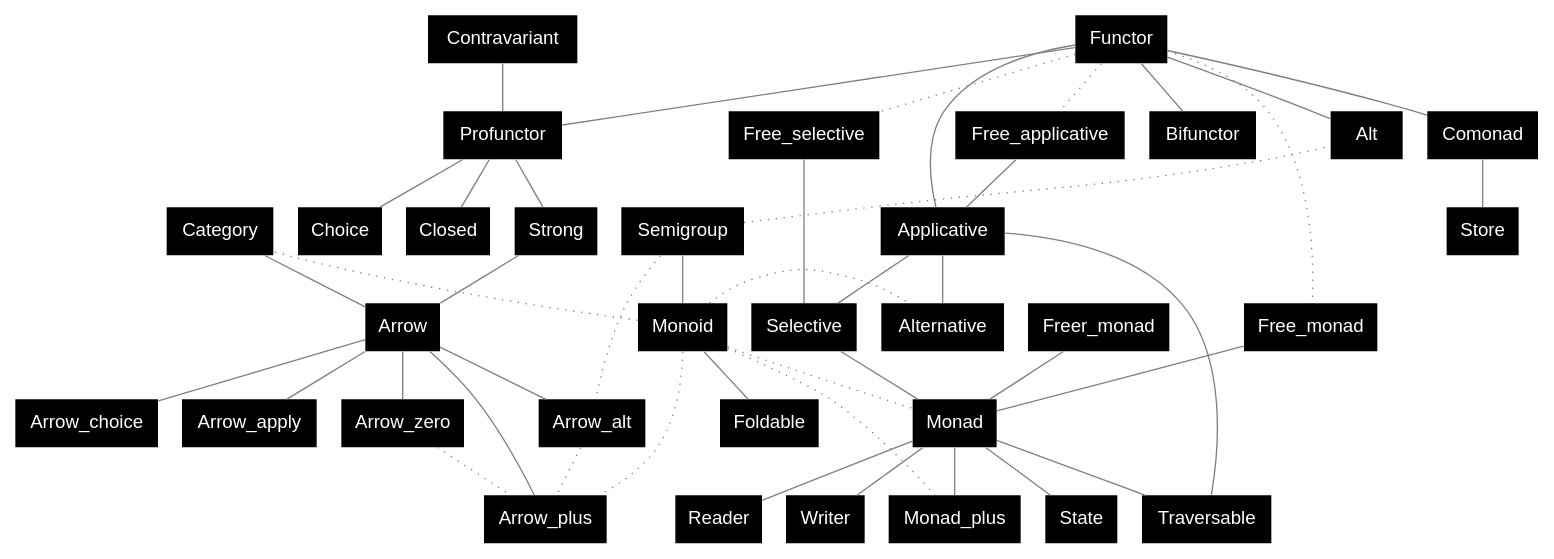
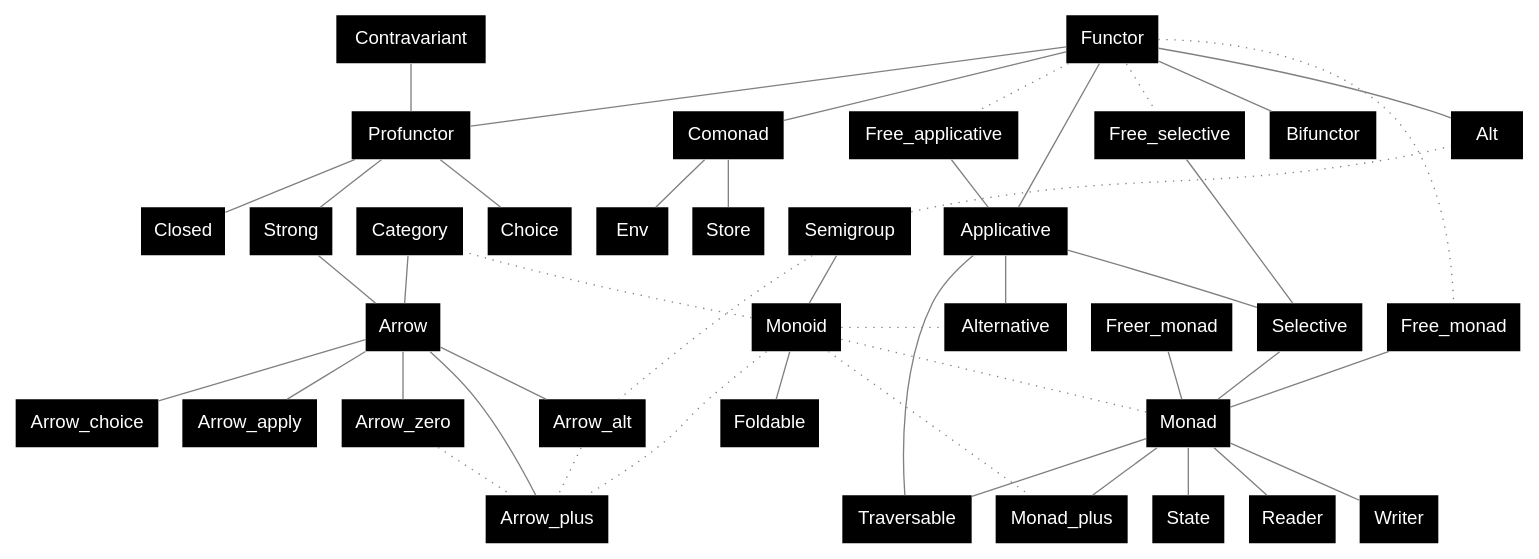
One commit to xvw/preface changed the diagram in .github/dot/specs.dot. Above: the diagram before and after it, drawn with Graphviz. The commit also changed 12 other files, not shown here.

```diff
--- a/.github/dot/specs.dot
+++ b/.github/dot/specs.dot
@@ -1,59 +1,60 @@
 graph {
         node [shape=plaintext; fontname = "Helvetica"; style=filled; fillcolor=black; fontcolor=white];
         edge [color = gray];
         
         Contravariant;      
         Functor -- Applicative -- Selective --  Monad;
         Applicative -- Alternative;
         Monad -- Monad_plus;
         Functor -- Alt;
         Functor -- Comonad;
         
         Semigroup -- Monoid;
         Monoid -- Alternative [style=dotted; arrowhead=none; constraint=false];
         Monoid -- Monad_plus [style=dotted; arrowhead=none; constraint=false];
         Semigroup -- Alt [style=dotted; arrowhead=none; constraint=false];
         Monoid -- Monad [style=dotted; arrowhead=none];
         Monoid -- Foldable;
 
         Functor -- Free_selective [style=dotted; arrowhead=none];
         Functor -- Free_applicative [style=dotted; arrowhead=none];
         Functor -- Free_monad [style=dotted; arrowhead=none];
         
         Free_selective -- Selective;
         Free_applicative -- Applicative;
         Free_monad -- Monad;
         Freer_monad -- Monad;
 
         Profunctor;
         Bifunctor;
 
         Contravariant -- Profunctor;
         Functor -- Profunctor;
         Functor -- Bifunctor;
 
         Monad --State;
         Monad -- Reader;
         Monad -- Writer;
 
         Comonad -- Store;
+        Comonad -- Env;
 
         Applicative -- Traversable;
         Monad -- Traversable;
 
         Monoid -- Category [style=dotted; arrowhead=none; constraint=false];
         Category -- Arrow;
         Profunctor -- Strong;
         Profunctor -- Choice;
         Profunctor -- Closed;
         Strong -- Arrow;
         Arrow -- Arrow_zero;
         Arrow -- Arrow_alt;
         Arrow -- Arrow_plus;
         Arrow -- Arrow_choice;
         Arrow -- Arrow_apply;
         Arrow_zero -- Arrow_plus [style=dotted; arrowhead=none];
         Arrow_alt -- Arrow_plus [style=dotted; arrowhead=none];
         Monoid -- Arrow_plus [style=dotted; arrowhead=none];
         Semigroup -- Arrow_alt [style=dotted; arrowhead=none];
 }
```
